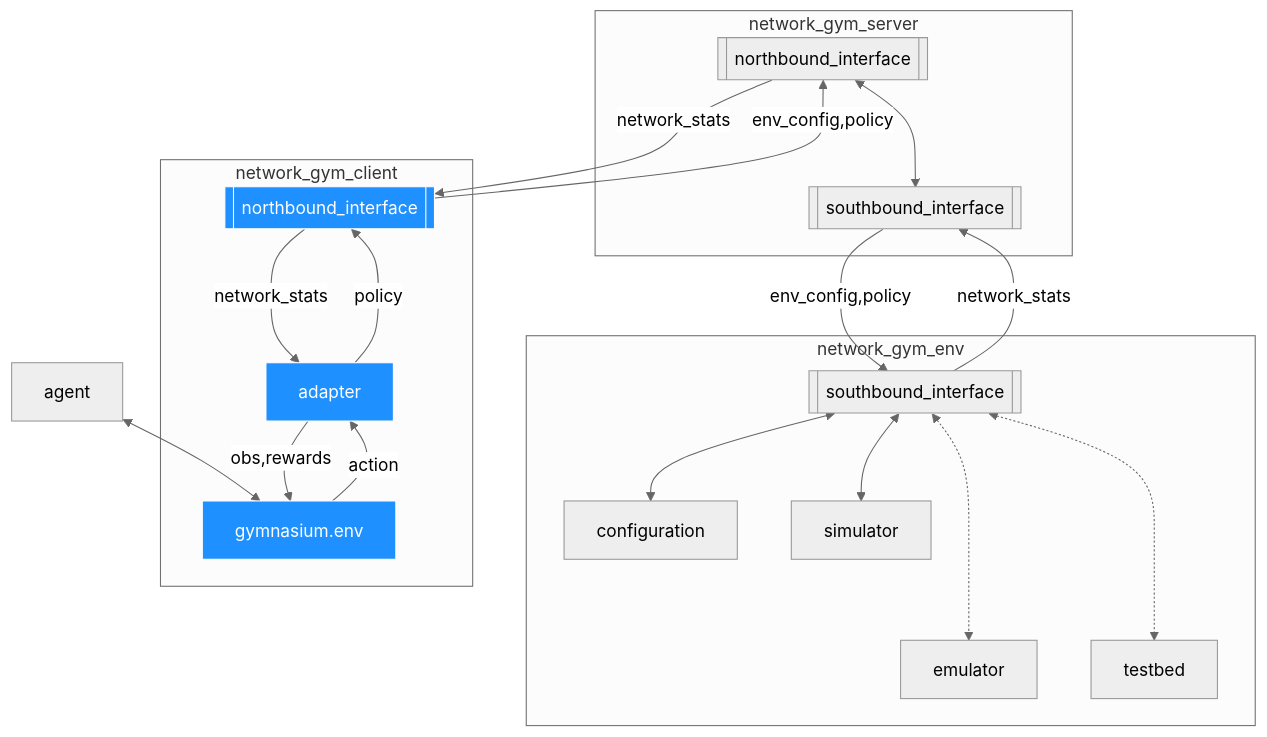
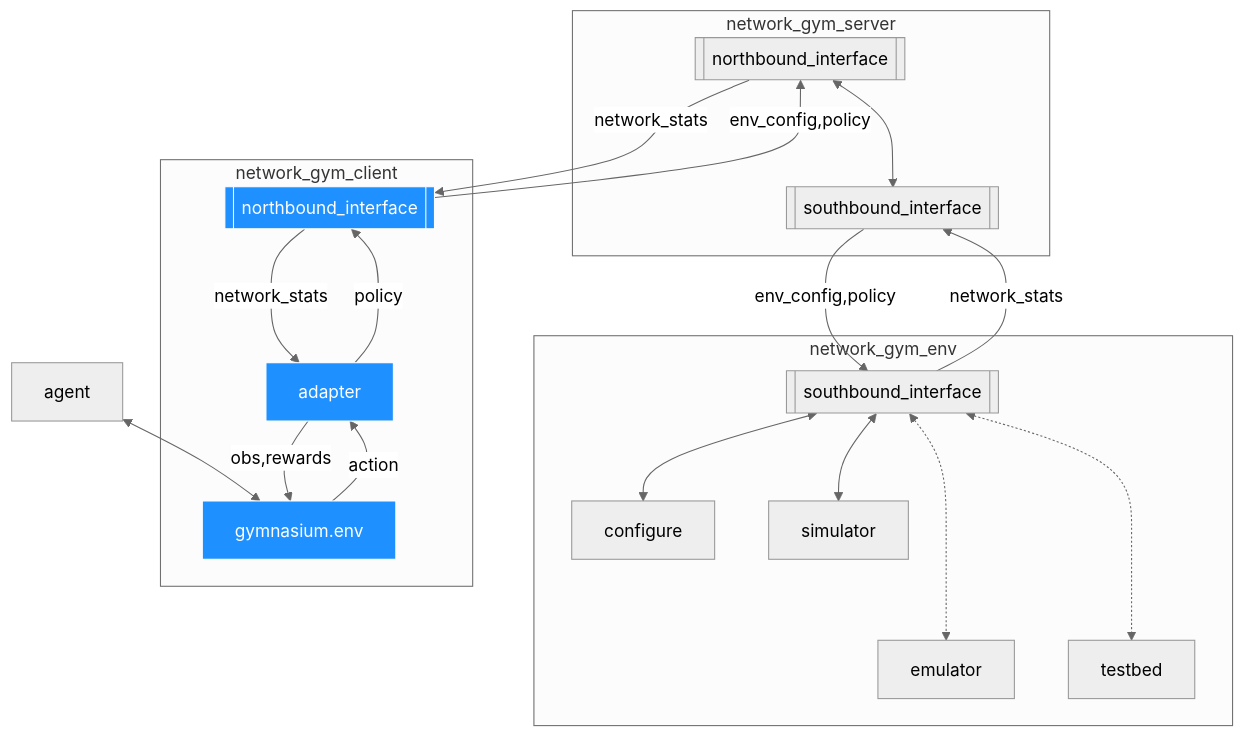
The first of 2 diagrams in docs/content/overview.md (IntelLabs/networkgym), drawn with Mermaid (neutral theme) before and after one commit. The commit also changed other lines of this file and 30 other files, not shown here.

````diff
--- a/docs/content/overview.md
+++ b/docs/content/overview.md
@@ -13,50 +13,50 @@
 ```{mermaid}
 flowchart TB
 
 subgraph network_gym_server
 northbound <--> southbound[[southbound_interface]]
 end
 
 subgraph network_gym_env
-southbound_interface <--> configuration
+southbound_interface <--> configure
 southbound_interface <--> simulator
 southbound_interface <-..-> emulator
 southbound_interface <-..-> testbed
 end
 
 agent <--> gymnasium.env
 
 gymnasium.env -- action --> adapter
 adapter -- obs,rewards --> gymnasium.env
 
 subgraph network_gym_client
 gymnasium.env
 adapter
 northbound_interface[[northbound_interface]]
 end
 
 
 
 adapter --policy--> northbound_interface
 northbound_interface --network_stats--> adapter
 
 
 northbound_interface --env_config,policy--> northbound[[northbound_interface]]
 northbound --network_stats--> northbound_interface
 
 
 
 
 southbound --env_config,policy--> southbound_interface[[southbound_interface]]
 southbound_interface --network_stats--> southbound
 
 
 click gymnasium.env "/api/network_gym_client/env.html" _blank
 style gymnasium.env fill:#1E90FF,color:white,stroke:white
 
 click adapter "/api/network_gym_client/adapter.html" _blank
 style adapter fill:#1E90FF,color:white,stroke:white
 
 click northbound_interface "/api/network_gym_client/northbound_interface.html" _blank
 style northbound_interface fill:#1E90FF,color:white,stroke:white
 ```
````
